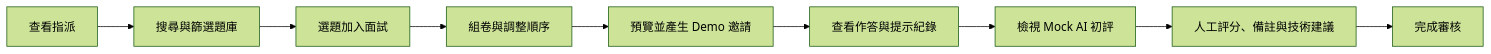
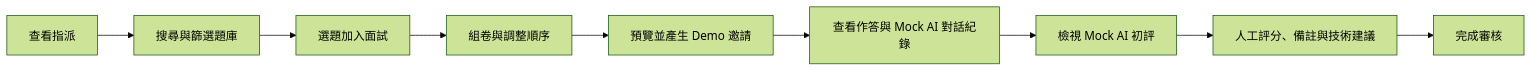
Before and after one commit to nicholas950293/Talentscope: the second of 3 diagrams in docs/USER_FLOWS.md, drawn with Mermaid (forest theme). The commit also changed other lines of this file and 17 other files, not shown here.

````diff
--- a/docs/USER_FLOWS.md
+++ b/docs/USER_FLOWS.md
@@ -35,11 +35,11 @@
 ```mermaid
 flowchart LR
     A["查看指派"] --> B["搜尋與篩選題庫"]
     B --> C["選題加入面試"]
     C --> D["組卷與調整順序"]
     D --> E["預覽並產生 Demo 邀請"]
-    E --> F["查看作答與提示紀錄"]
+E --> F["查看作答與 Mock AI 對話紀錄"]
     F --> G["檢視 Mock AI 初評"]
     G --> H["人工評分、備註與技術建議"]
     H --> I["完成審核"]
 ```
````
